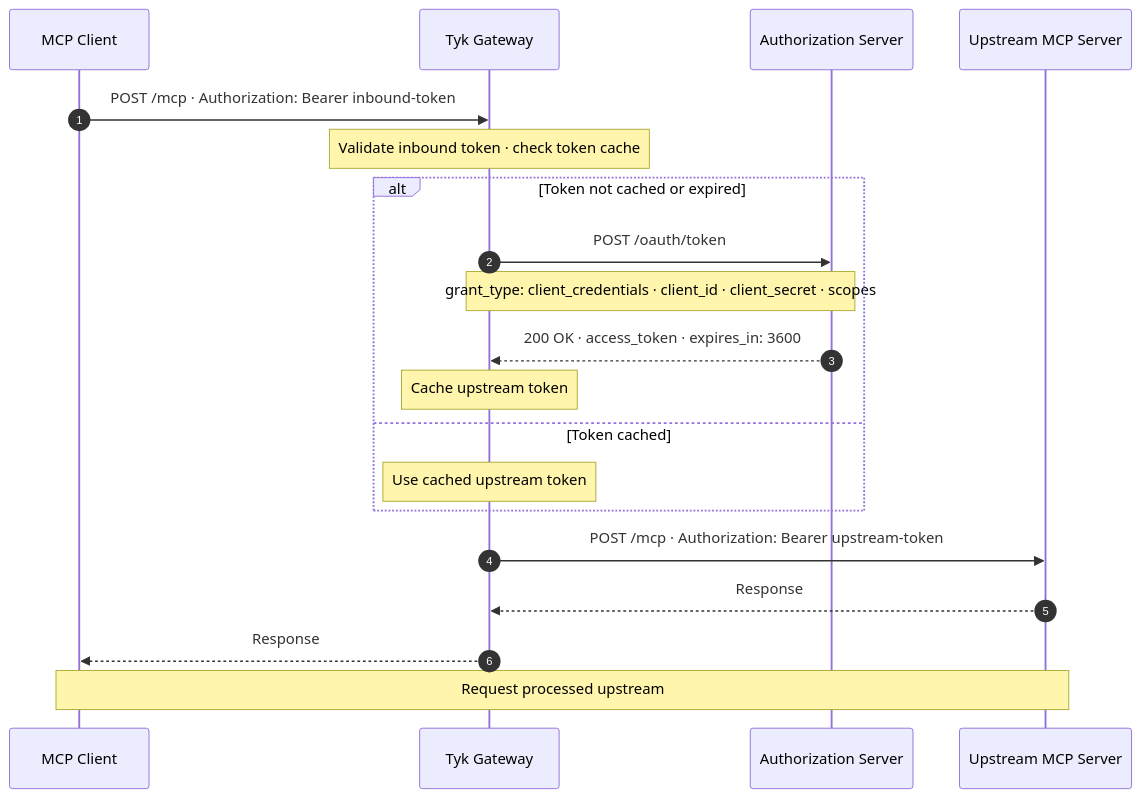
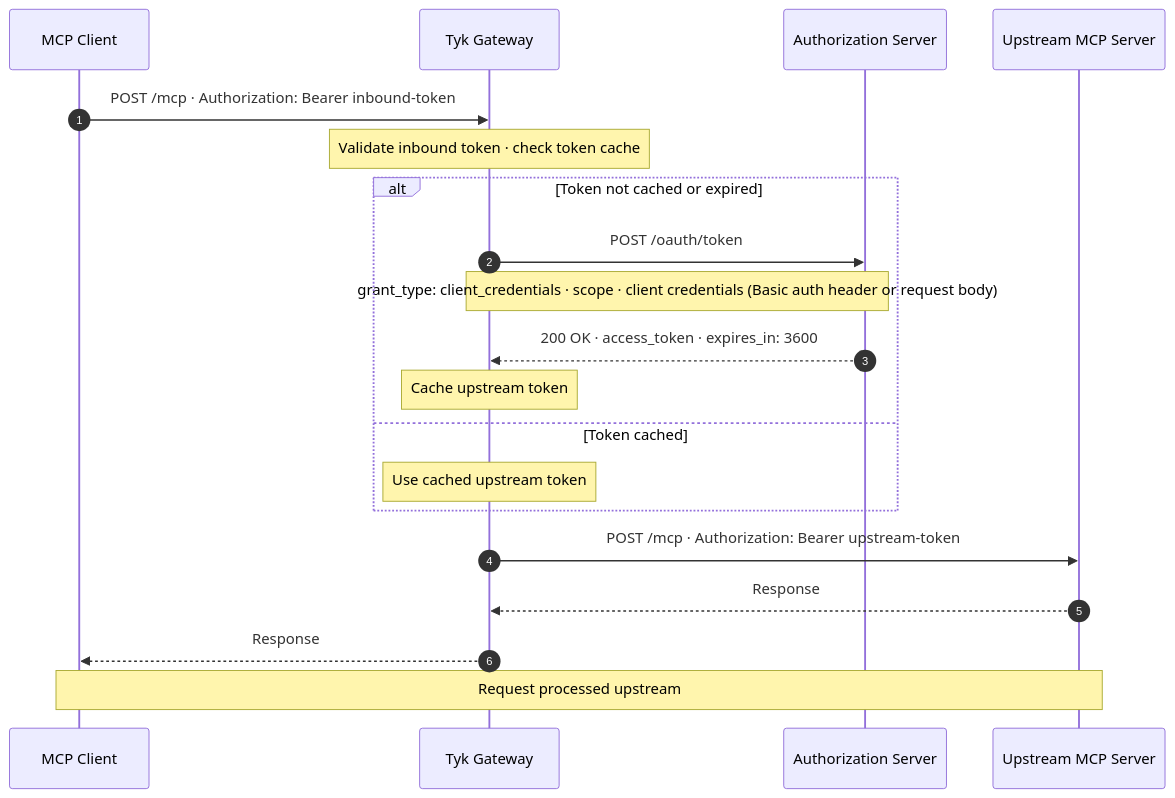
The second of 3 diagrams in ai-management/mcp-gateway/oauth-2-1.mdx (TykTechnologies/tyk-docs), drawn with Mermaid before and after one commit. The commit also changed other lines of this file, not shown here.

First line of the commit message:
[TT-18006] Correct the MCP upstream OAuth client credentials section

````diff
--- a/ai-management/mcp-gateway/oauth-2-1.mdx
+++ b/ai-management/mcp-gateway/oauth-2-1.mdx
@@ -188,25 +190,25 @@
 ```mermaid
 sequenceDiagram
     autonumber
     participant C as MCP Client
     participant T as Tyk Gateway
     participant A as Authorization Server
     participant U as Upstream MCP Server
 
     C->>T: POST /mcp · Authorization: Bearer inbound-token
     Note over T: Validate inbound token · check token cache
 
     alt Token not cached or expired
         T->>A: POST /oauth/token
-        Note over T,A: grant_type: client_credentials · client_id · client_secret · scopes
+        Note over T,A: grant_type: client_credentials · scope · client credentials (Basic auth header or request body)
         A-->>T: 200 OK · access_token · expires_in: 3600
         Note over T: Cache upstream token
     else Token cached
         Note over T: Use cached upstream token
     end
 
     T->>U: POST /mcp · Authorization: Bearer upstream-token
     U-->>T: Response
     T-->>C: Response
     Note over C,U: Request processed upstream
 ```
````
